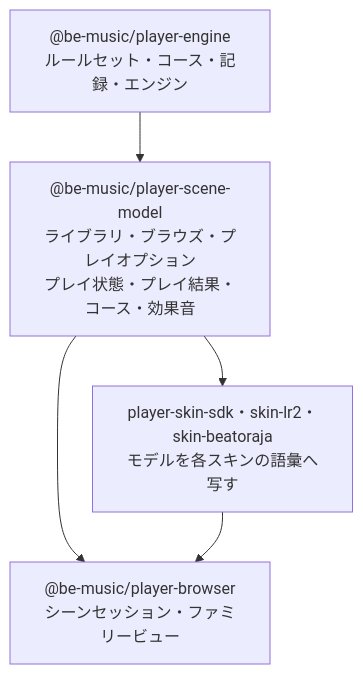
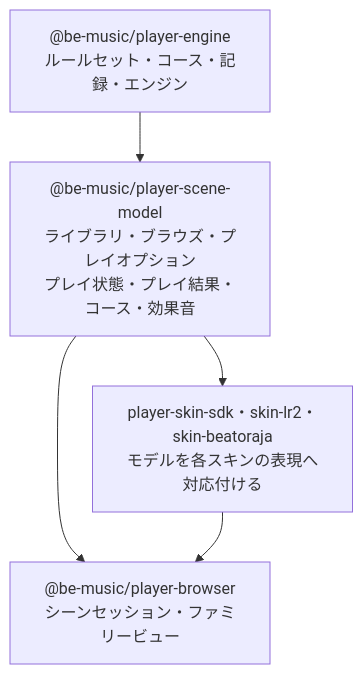
Before and after one commit to nulltask/be-music: the first of 3 diagrams in docs/scene-model.ja.md, drawn with Mermaid. The commit also changed other lines of this file and 26 other files, not shown here.

````diff
--- a/docs/scene-model.ja.md
+++ b/docs/scene-model.ja.md
@@ -11,12 +11,12 @@
 ```mermaid
 flowchart TD
   player["@be-music/player-engine<br/>ルールセット・コース・記録・エンジン"]
   model["@be-music/player-scene-model<br/>ライブラリ・ブラウズ・プレイオプション<br/>プレイ状態・プレイ結果・コース・効果音"]
-  skins["player-skin-sdk・skin-lr2・skin-beatoraja<br/>モデルを各スキンの語彙へ写す"]
+  skins["player-skin-sdk・skin-lr2・skin-beatoraja<br/>モデルを各スキンの表現へ対応付ける"]
   sessions["@be-music/player-browser<br/>シーンセッション・ファミリービュー"]
 
   player --> model
   model --> skins
   model --> sessions
   skins --> sessions
 ```
````
